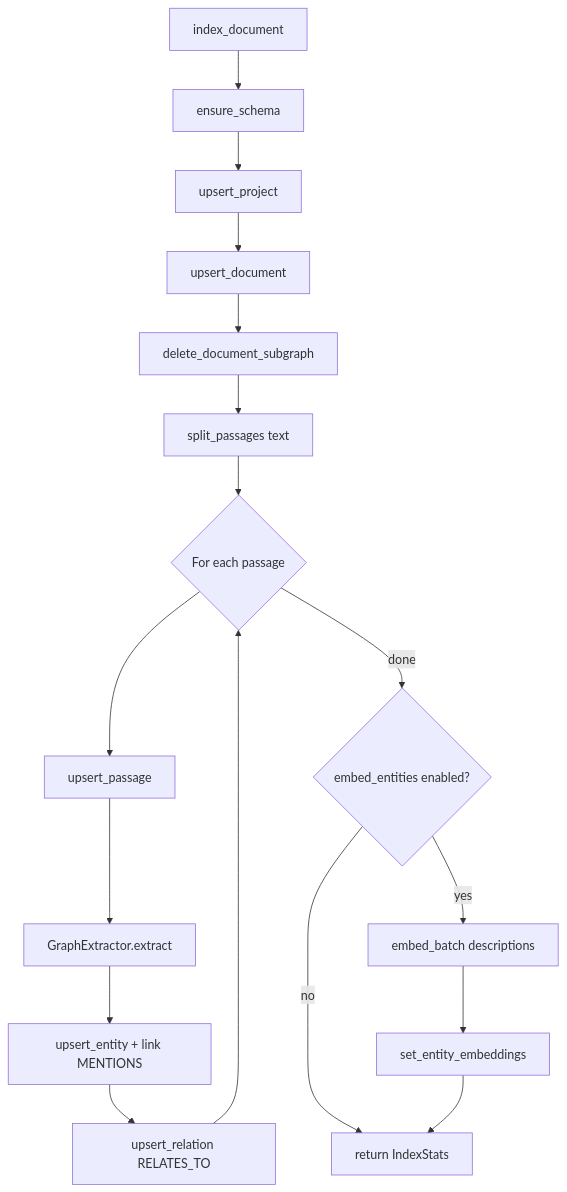
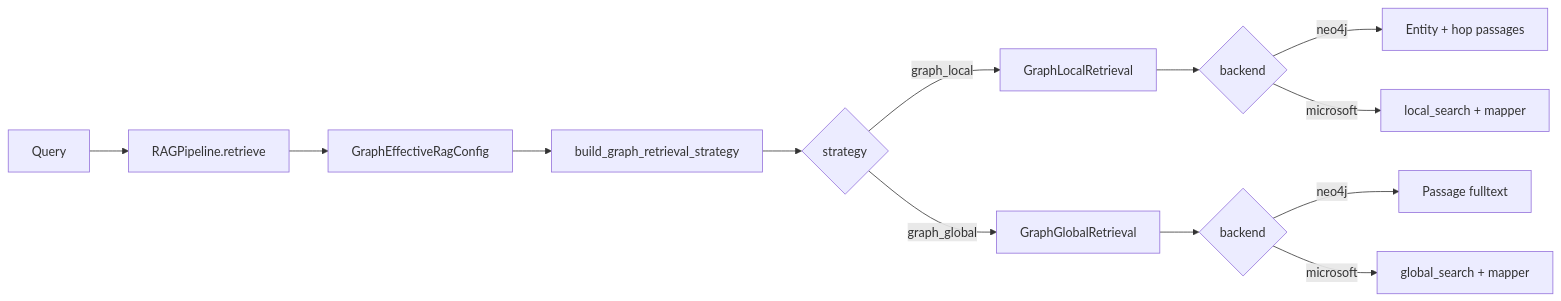
One commit to SKT27182/FlexSearch changed the third of 5 diagrams in backend/docs/neo4j-graph-rag/README.md. Above: the diagram before and after it, drawn with Mermaid. The commit also changed other lines of this file and 165 other files, not shown here.

````diff
--- a/backend/docs/neo4j-graph-rag/README.md
+++ b/backend/docs/neo4j-graph-rag/README.md
@@ -438,19 +773,15 @@
 ```mermaid
-flowchart TD
-    A[index_document] --> B[ensure_schema]
-    B --> C[upsert_project]
-    C --> D[upsert_document]
-    D --> E[delete_document_subgraph]
-    E --> F[split_passages text]
-    F --> G{For each passage}
-    G --> H[upsert_passage]
-    H --> I[GraphExtractor.extract]
-    I --> J[upsert_entity + link MENTIONS]
-    J --> K[upsert_relation RELATES_TO]
-    K --> G
-    G -->|done| L{embed_entities enabled?}
-    L -->|yes| M[embed_batch descriptions]
-    M --> N[set_entity_embeddings]
-    L -->|no| O[return IndexStats]
-    N --> O
+flowchart LR
+  Q[Query] --> Pipe[RAGPipeline.retrieve]
+  Pipe --> Eff[GraphEffectiveRagConfig]
+  Eff --> Fac[build_graph_retrieval_strategy]
+  Fac --> Strat{strategy}
+  Strat -->|graph_local| GL[GraphLocalRetrieval]
+  Strat -->|graph_global| GG[GraphGlobalRetrieval]
+  GL --> B1{backend}
+  GG --> B2{backend}
+  B1 -->|neo4j| NL[Entity + hop passages]
+  B1 -->|microsoft| ML[local_search + mapper]
+  B2 -->|neo4j| NG[Passage fulltext]
+  B2 -->|microsoft| MG[global_search + mapper]
 ```
````
